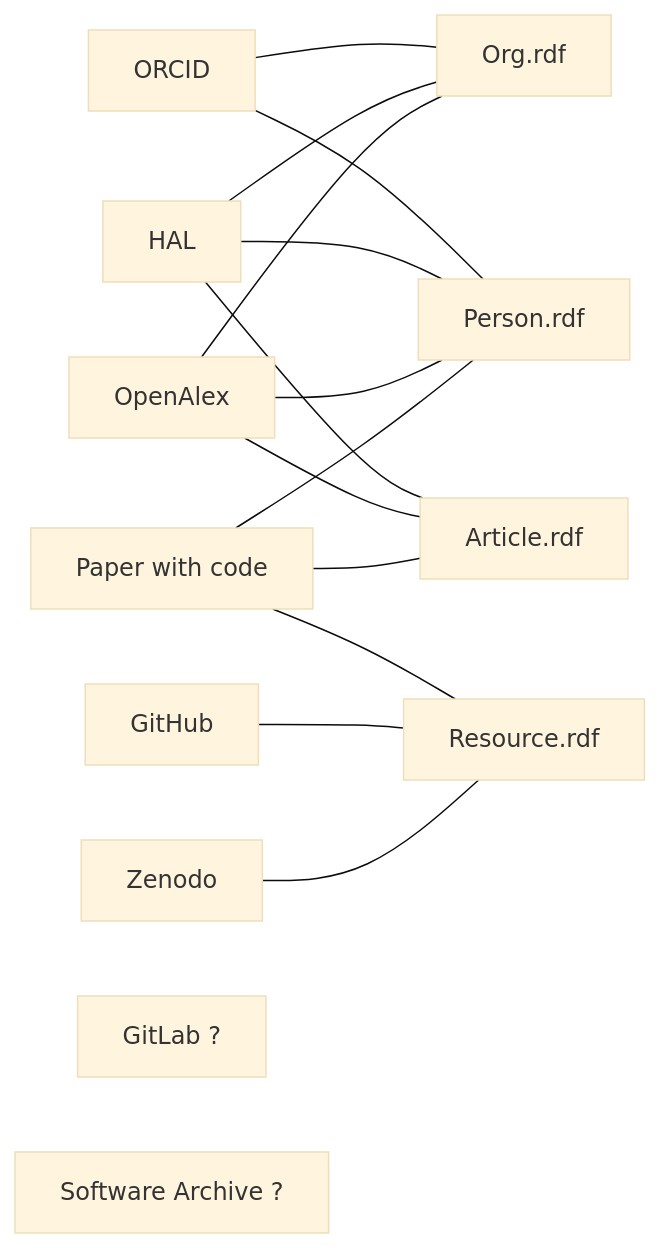
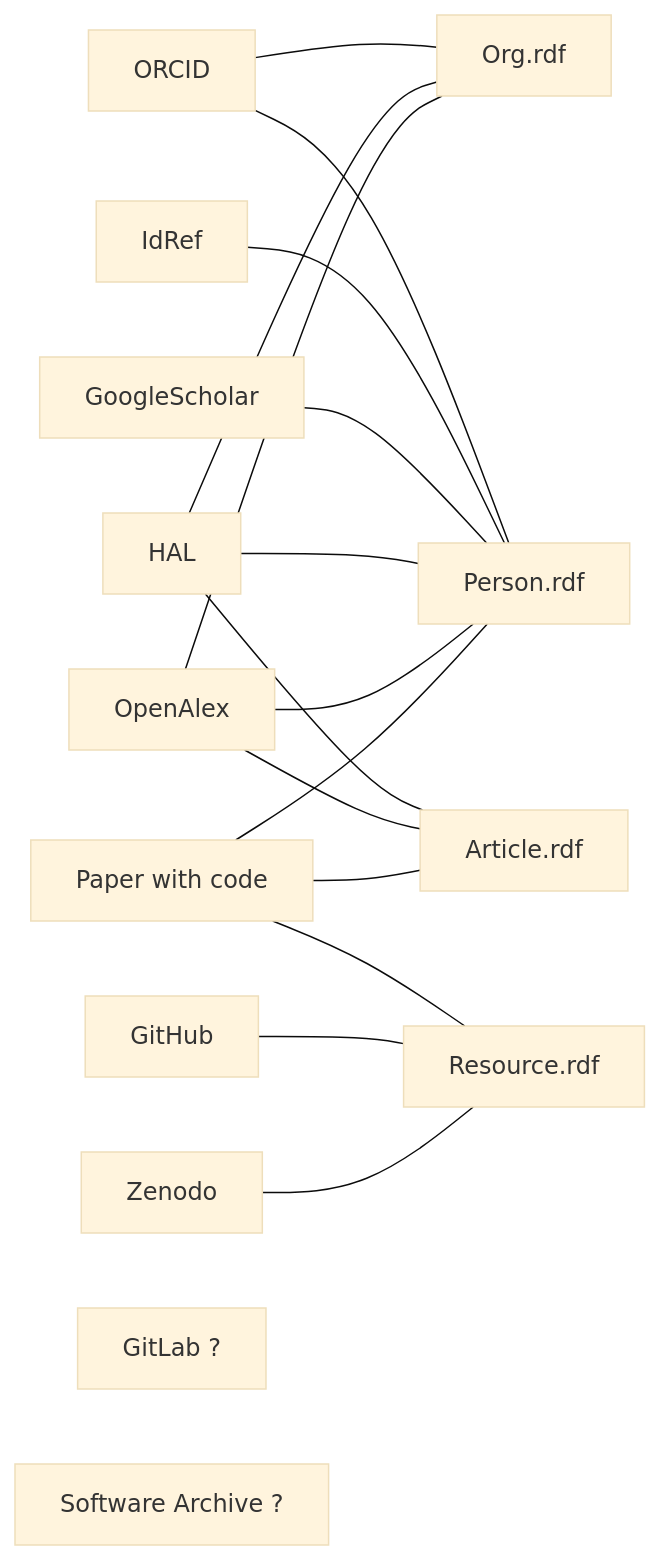
One commit to MaillPierre/ResearchTeamProjectFinder changed the first of 2 diagrams in README.md. Above: the diagram before and after it, drawn with Mermaid (base theme). The commit also changed other lines of this file and 3 other files, not shown here.

````diff
--- a/README.md
+++ b/README.md
@@ -104,19 +109,21 @@
 ```mermaid
 graph LR;
   ORCID --- Org.rdf
   ORCID --- Person.rdf
+  IdRef --- Person.rdf
+  GoogleScholar --- Person.rdf
   HAL --- Org.rdf
   HAL --- Person.rdf
   HAL --- Article.rdf
   OpenAlex --- Org.rdf
   OpenAlex --- Person.rdf
   OpenAlex --- Article.rdf
   PaperWithCode[Paper with code] --- Article.rdf
   PaperWithCode[Paper with code] --- Resource.rdf
   PaperWithCode[Paper with code] --- Person.rdf
   GitHub --- Resource.rdf
   Zenodo --- Resource.rdf
   GitLab[GitLab ?]
   SoftwareArchive[Software Archive ?]
 
 ```
````
